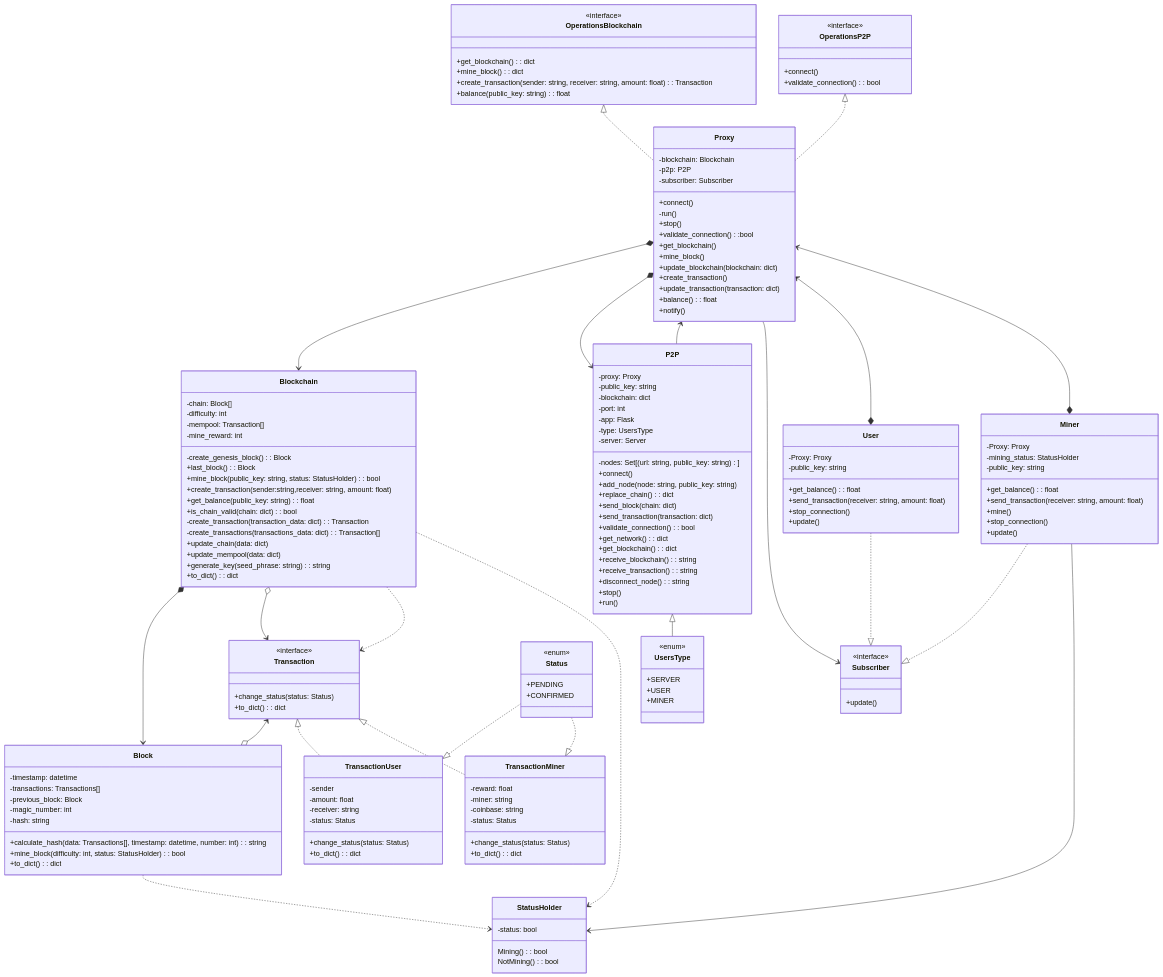
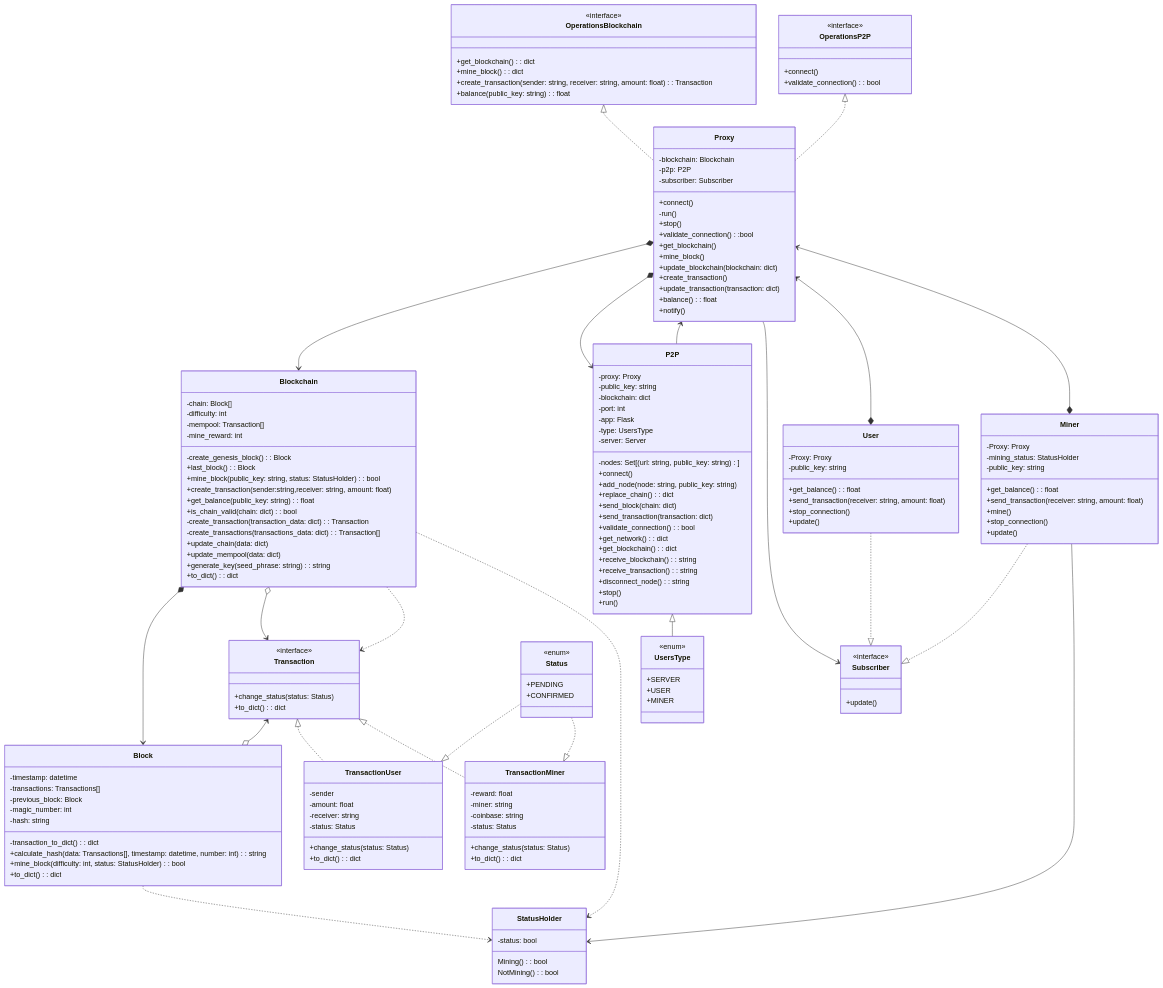
The diagram in UML.md (Salvador025/Crypto), drawn with Mermaid before and after one commit. The commit also changed 1 other file, not shown here.

Commit message:
update of UML and docstring in all methods of Blockchain

```diff
--- a/UML.md
+++ b/UML.md
@@ -140,6 +140,7 @@
         -previous_block: Block
         -magic_number: int
         -hash: string
+        -transaction_to_dict(): dict
         +calculate_hash(data: Transactions[], timestamp: datetime, number: int): string
         +mine_block(difficulty: int, status: StatusHolder): bool
         +to_dict(): dict
```
